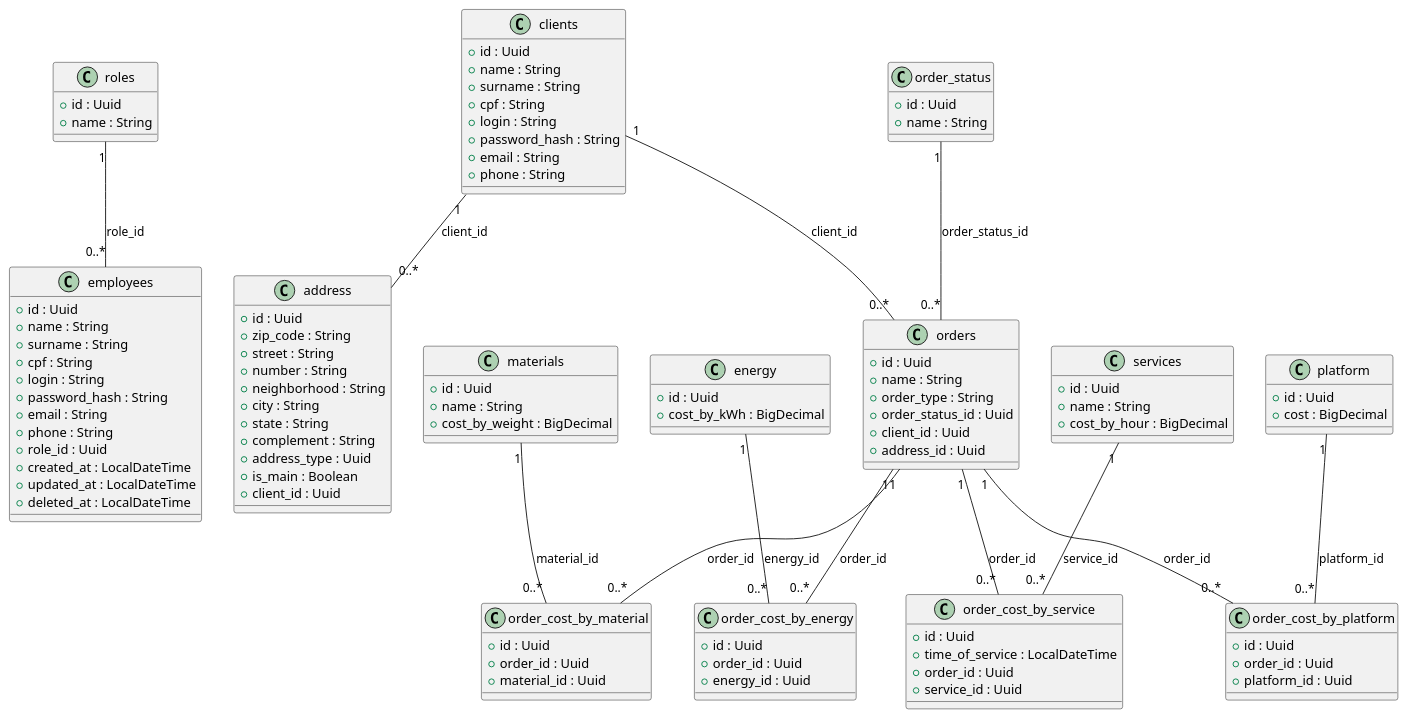
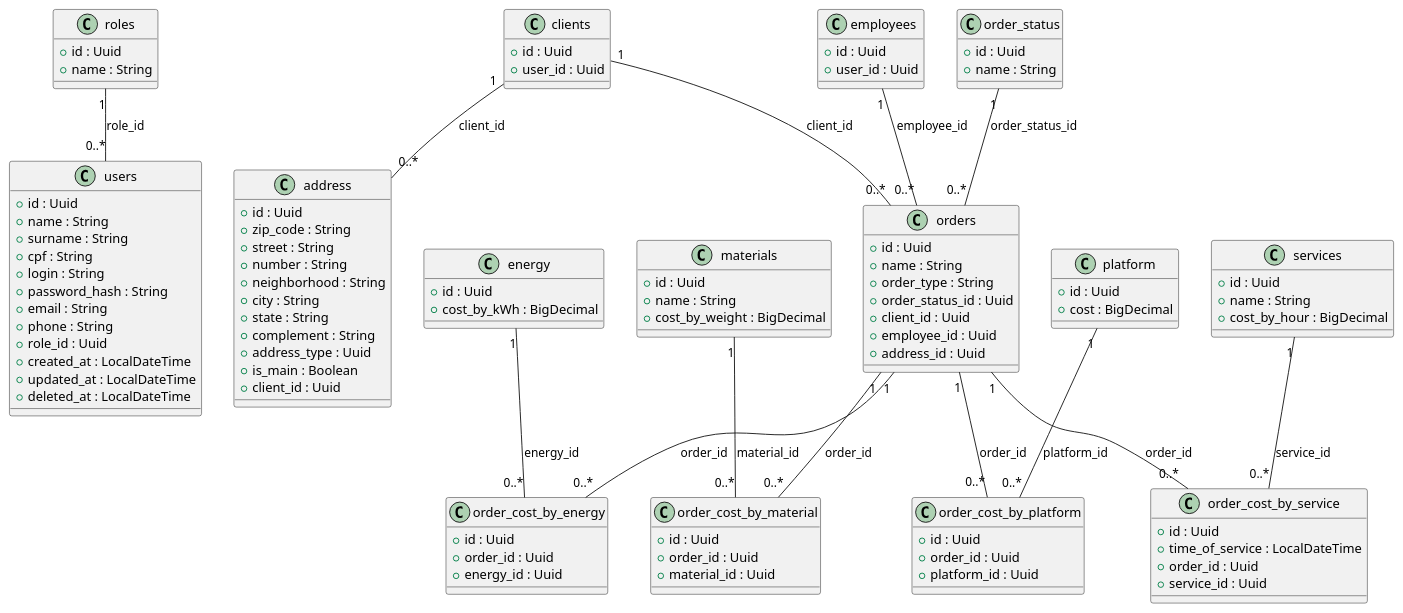
One commit to JonasFortunatoRosset/3d-printer-app changed the diagram in UML/uml.puml. Above: the diagram before and after it, drawn with PlantUML.

Commit message:
feat: add users entity

```diff
--- a/UML/uml.puml
+++ b/UML/uml.puml
@@ -1,136 +1,139 @@
 @startuml
 
 class roles {
  + id : Uuid
  + name : String
 }
 
-class employees {
+class users {
  + id : Uuid
  + name : String
  + surname : String
  + cpf : String
  + login : String
  + password_hash : String
  + email : String
  + phone : String
  + role_id : Uuid
  + created_at : LocalDateTime
  + updated_at : LocalDateTime
  + deleted_at : LocalDateTime
 }
 
 class clients {
  + id : Uuid
- + name : String
- + surname : String
- + cpf : String
- + login : String
- + password_hash : String
- + email : String
- + phone : String
- }
+ + user_id : Uuid
+}
+
+class employees {
+ + id : Uuid
+ + user_id : Uuid
+}
 
 class address {
  + id : Uuid
  + zip_code : String
  + street : String
  + number : String
  + neighborhood : String
  + city : String
  + state : String
  + complement : String
  + address_type : Uuid
  + is_main : Boolean
  + client_id : Uuid
 }
 
 class orders {
  + id : Uuid
  + name : String
  + order_type : String
  + order_status_id : Uuid
  + client_id : Uuid
+ + employee_id : Uuid
  + address_id : Uuid
  }
 
 class order_status {
  + id : Uuid
  + name : String
 }
 
 class materials {
  + id : Uuid
  + name : String
  + cost_by_weight : BigDecimal
 }
 
 class services {
  + id : Uuid
  + name : String
  + cost_by_hour : BigDecimal
 }
 
 class energy {
  + id : Uuid
  + cost_by_kWh : BigDecimal
 }
 
 class platform {
  + id : Uuid
  + cost : BigDecimal
 }
 
 class order_cost_by_energy {
  + id : Uuid
  + order_id : Uuid
  + energy_id : Uuid
  }
 
 class order_cost_by_material {
  + id : Uuid
  + order_id : Uuid
  + material_id : Uuid
  }
 
 class order_cost_by_service {
  + id : Uuid
  + time_of_service : LocalDateTime
  + order_id : Uuid
  + service_id : Uuid
  }
 
 class order_cost_by_platform {
  + id : Uuid
  + order_id : Uuid
  + platform_id : Uuid
  }
 
- ' Employees role
-roles "1" -- "0..*" employees : role_id
+ ' User role
+roles "1" -- "0..*" users : role_id
 
 ' Client address
 clients "1" -- "0..*" address : client_id
 
 ' Order status
 order_status "1" -- "0..*" orders : order_status_id
 
 ' Client order
 clients "1" -- "0..*" orders : client_id
+
+' Empoyee order
+employees "1" -- "0..*" orders : employee_id
 
 ' Cost by energy
 orders "1" -- "0..*" order_cost_by_energy : order_id
 energy "1" -- "0..*" order_cost_by_energy : energy_id
 
 ' Cost by material
 orders "1" -- "0..*" order_cost_by_material : order_id
 materials "1" -- "0..*" order_cost_by_material : material_id
 
 ' Cost by platform
 orders "1" -- "0..*" order_cost_by_platform : order_id
 platform "1" -- "0..*" order_cost_by_platform : platform_id
 
 ' Cost by service
 orders "1" -- "0..*" order_cost_by_service : order_id
 services "1" -- "0..*" order_cost_by_service : service_id
 @enduml
```
